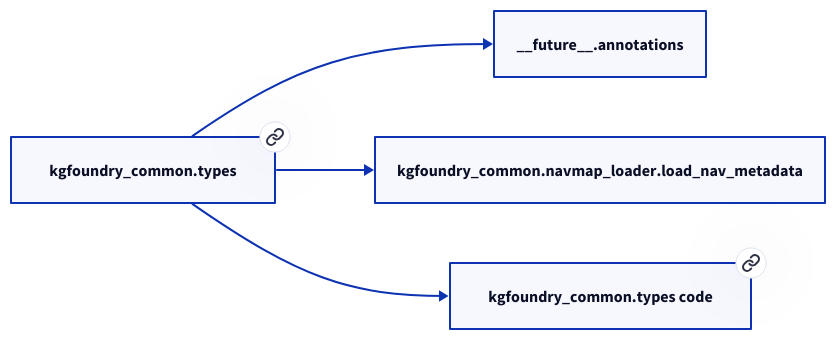
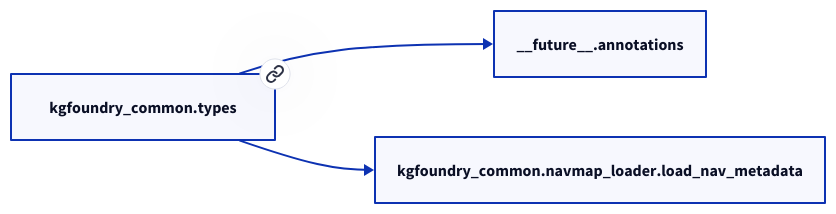
The diagram in docs/modules/kgfoundry_common/types.md (paul-heyse/kgforge), drawn with D2 before and after one commit. The commit also changed other lines of this file and 118 other files, not shown here.

````diff
--- a/docs/modules/kgfoundry_common/types.md
+++ b/docs/modules/kgfoundry_common/types.md
@@ -17,10 +15,8 @@
 ```d2
 direction: right
-"kgfoundry_common.types": "kgfoundry_common.types" { link: "./kgfoundry_common/types.md" }
+"kgfoundry_common.types": "kgfoundry_common.types" { link: "types.md" }
 "__future__.annotations": "__future__.annotations"
 "kgfoundry_common.types" -> "__future__.annotations"
 "kgfoundry_common.navmap_loader.load_nav_metadata": "kgfoundry_common.navmap_loader.load_nav_metadata"
 "kgfoundry_common.types" -> "kgfoundry_common.navmap_loader.load_nav_metadata"
-"kgfoundry_common.types_code": "kgfoundry_common.types code" { link: "https://github.com/kgfoundry/kgfoundry/blob/main/src/kgfoundry_common/types.py" }
-"kgfoundry_common.types" -> "kgfoundry_common.types_code" { style: dashed }
 ```
````
